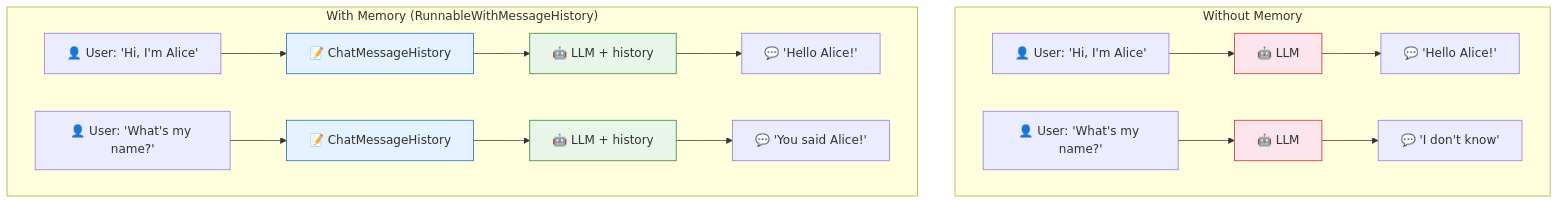
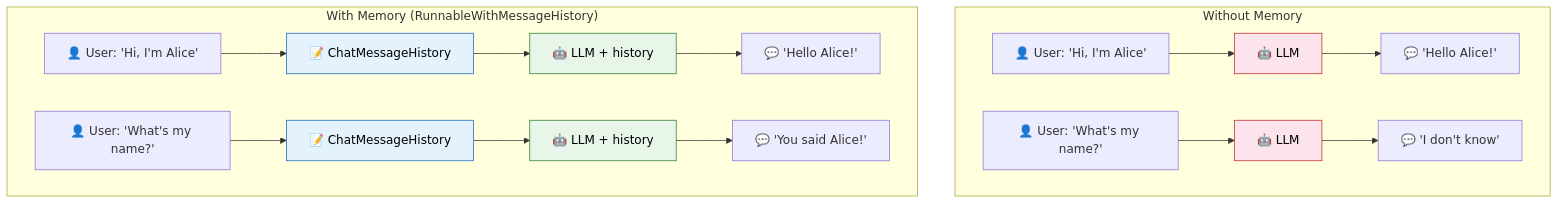
One commit to remolaan/Agentic-AI-Cookbook changed the first of 6 diagrams in 06_memory/README.md. Above: the diagram before and after it, drawn with Mermaid. The commit also changed other lines of this file and 45 other files, not shown here.

Commit message:
Fix Mermaid diagram text colors for readability across all READMEs

````diff
--- a/06_memory/README.md
+++ b/06_memory/README.md
@@ -9,25 +9,25 @@
 ```mermaid
 flowchart TB
     subgraph "Without Memory"
         U1["👤 User: 'Hi, I'm Alice'"] --> L1["🤖 LLM"]
         L1 --> R1["💬 'Hello Alice!'"]
         U2["👤 User: 'What's my name?'"] --> L2["🤖 LLM"]
         L2 --> R2["💬 'I don't know'"]
     end
 
     subgraph "With Memory (RunnableWithMessageHistory)"
         U3["👤 User: 'Hi, I'm Alice'"] --> MH1["📝 ChatMessageHistory"]
         MH1 --> L3["🤖 LLM + history"]
         L3 --> R3["💬 'Hello Alice!'"]
         U4["👤 User: 'What's my name?'"] --> MH2["📝 ChatMessageHistory"]
         MH2 --> L4["🤖 LLM + history"]
         L4 --> R4["💬 'You said Alice!'"]
     end
 
-    style L1 fill:#fce4ec,stroke:#c62828
-    style L2 fill:#fce4ec,stroke:#c62828
-    style L3 fill:#e8f5e9,stroke:#2e7d32
-    style L4 fill:#e8f5e9,stroke:#2e7d32
-    style MH1 fill:#e3f2fd,stroke:#1565c0
-    style MH2 fill:#e3f2fd,stroke:#1565c0
+    style L1 fill:#fce4ec,stroke:#c62828,color:#000000
+    style L2 fill:#fce4ec,stroke:#c62828,color:#000000
+    style L3 fill:#e8f5e9,stroke:#2e7d32,color:#000000
+    style L4 fill:#e8f5e9,stroke:#2e7d32,color:#000000
+    style MH1 fill:#e3f2fd,stroke:#1565c0,color:#000000
+    style MH2 fill:#e3f2fd,stroke:#1565c0,color:#000000
 ```
````
